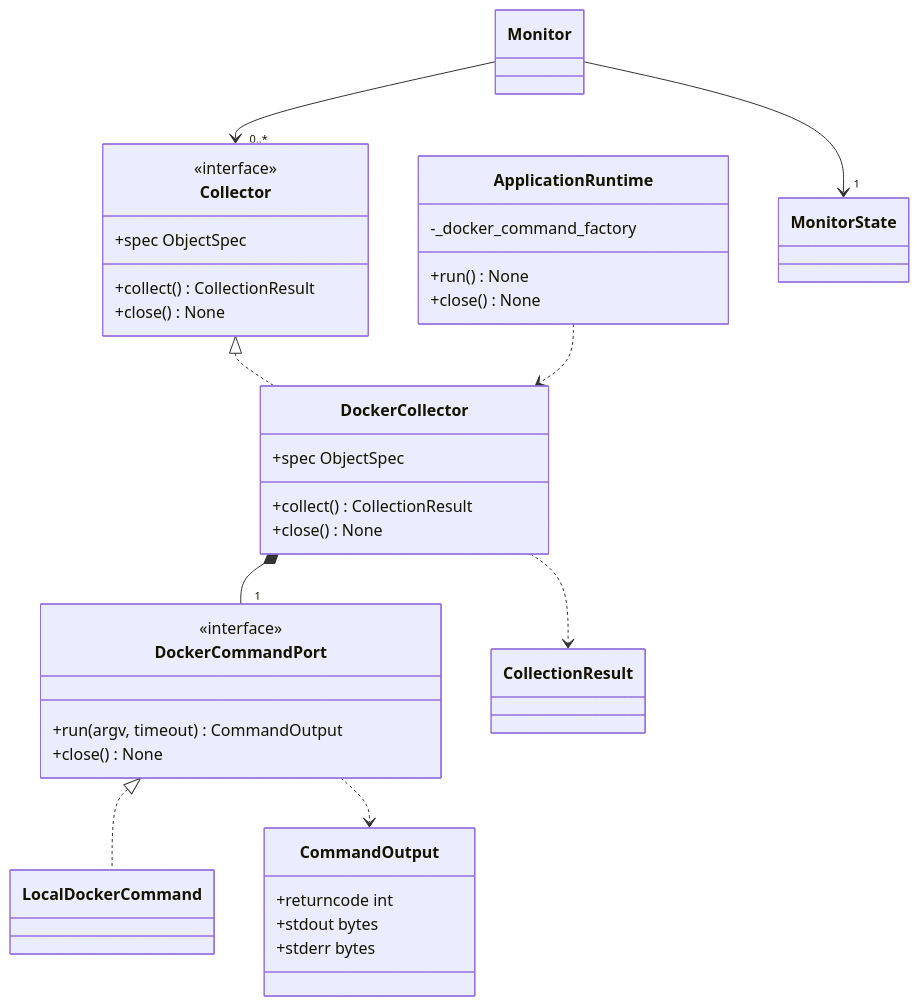
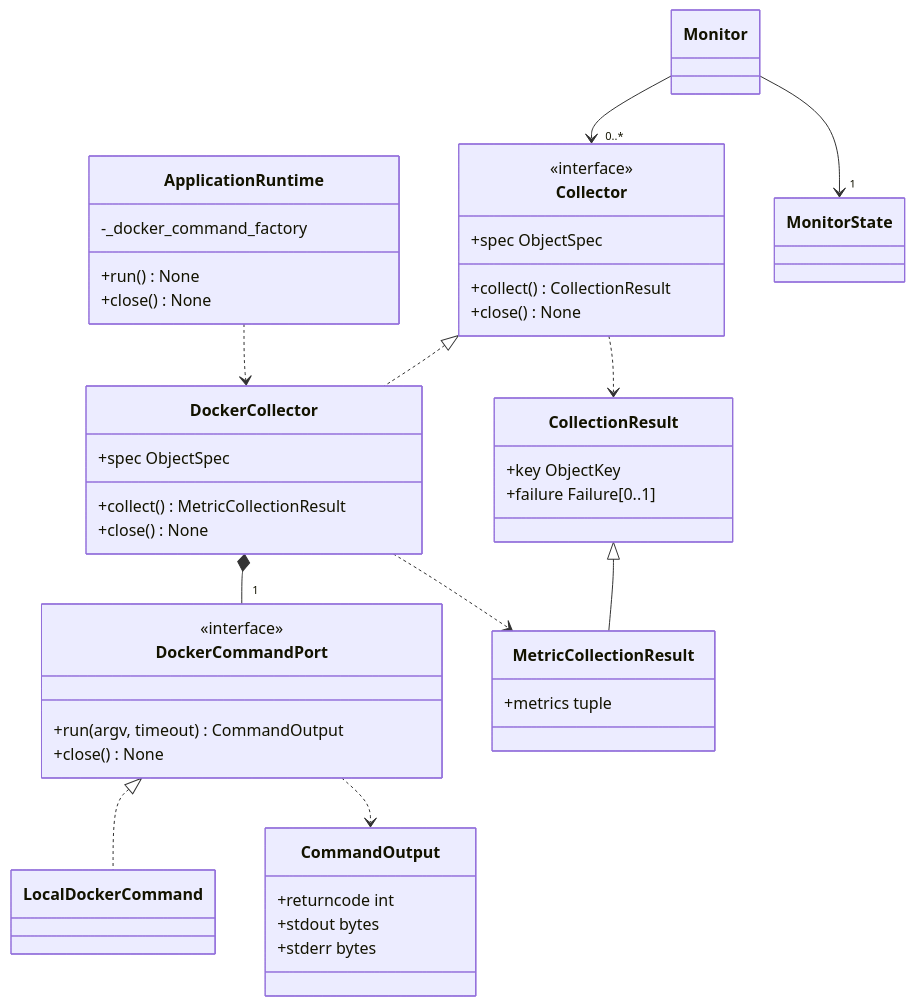
The diagram in docs/design/docker.md (shawnluxyRE/joi-observer), drawn with Mermaid before and after one commit. The commit also changed other lines of this file and 67 other files, not shown here.

````diff
--- a/docs/design/docker.md
+++ b/docs/design/docker.md
@@ -16,41 +16,49 @@
 ```mermaid
 classDiagram
     class ApplicationRuntime {
         -_docker_command_factory
         +run() None
         +close() None
     }
     class Collector {
         <<interface>>
         +spec ObjectSpec
         +collect() CollectionResult
         +close() None
     }
     class DockerCollector {
         +spec ObjectSpec
-        +collect() CollectionResult
+        +collect() MetricCollectionResult
         +close() None
     }
     class DockerCommandPort {
         <<interface>>
         +run(argv, timeout) CommandOutput
         +close() None
     }
     class LocalDockerCommand
     class CommandOutput {
         +returncode int
         +stdout bytes
         +stderr bytes
     }
     class Monitor
     class MonitorState
-    class CollectionResult
+    class CollectionResult {
+        +key ObjectKey
+        +failure Failure[0..1]
+    }
+    class MetricCollectionResult {
+        +metrics tuple
+    }
     Collector <|.. DockerCollector
+    CollectionResult <|-- MetricCollectionResult
     DockerCommandPort <|.. LocalDockerCommand
     DockerCollector *-- "1" DockerCommandPort
-    DockerCollector ..> CollectionResult
+    Collector ..> CollectionResult
+    DockerCollector ..> MetricCollectionResult
     DockerCommandPort ..> CommandOutput
     ApplicationRuntime ..> DockerCollector
     Monitor --> "0..*" Collector
     Monitor --> "1" MonitorState
 ```
````
